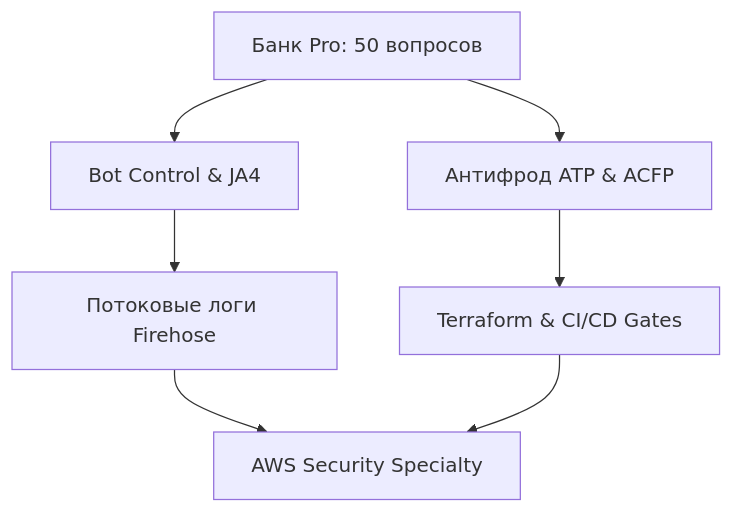
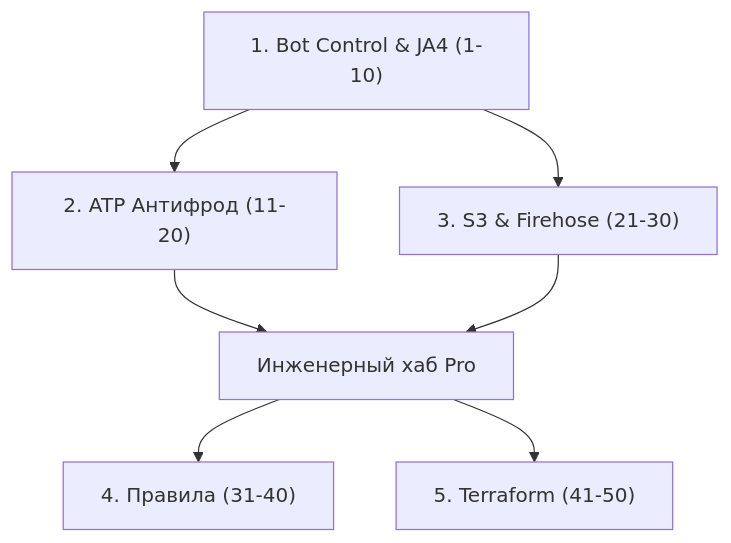
One commit to y-kolyada/aws-waf changed the diagram in diagrams/14-assessment-pro-pipeline.mmd. Above: the diagram before and after it, drawn with Mermaid. The commit also changed 35 other files, not shown here.

```diff
--- a/diagrams/14-assessment-pro-pipeline.mmd
+++ b/diagrams/14-assessment-pro-pipeline.mmd
@@ -1,7 +1,7 @@
 flowchart TD
-    Bank["Банк Pro: 50 вопросов"] --> Bot["Bot Control & JA4"]
-    Bank --> Fraud["Антифрод ATP & ACFP"]
-    Bot --> Logs["Потоковые логи Firehose"]
-    Fraud --> IaC["Terraform & CI/CD Gates"]
-    Logs --> Result["AWS Security Specialty"]
-    IaC --> Result
+    Top["1. Bot Control & JA4 (1-10)"] --> L1["2. ATP Антифрод (11-20)"]
+    Top --> R1["3. S3 & Firehose (21-30)"]
+    L1 --> Hub["Инженерный хаб Pro"]
+    R1 --> Hub
+    Hub --> L2["4. Правила (31-40)"]
+    Hub --> R2["5. Terraform (41-50)"]
```
